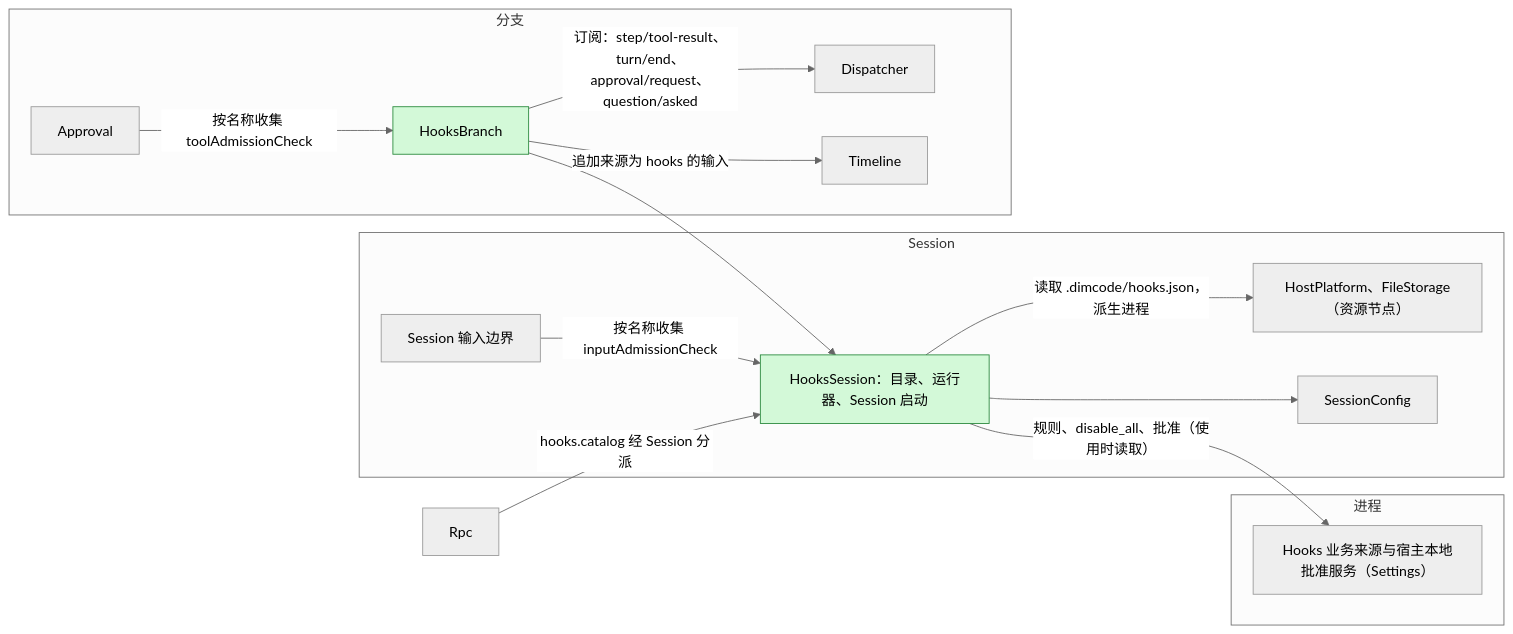
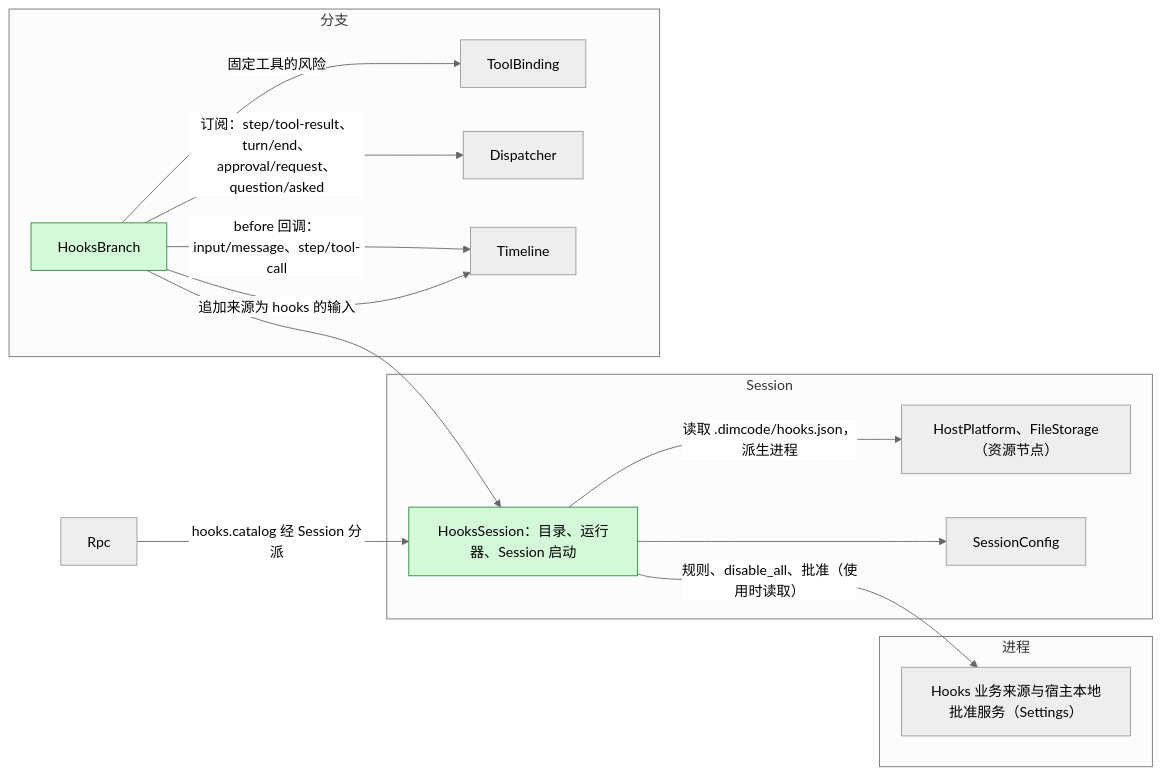
One commit to CoutinhoTTS/dim-agent changed the first of 7 diagrams in docs/zh/design/plugins/Hooks.md. Above: the diagram before and after it, drawn with Mermaid (neutral theme). The commit also changed other lines of this file and 18 other files, not shown here.

````diff
--- a/docs/zh/design/plugins/Hooks.md
+++ b/docs/zh/design/plugins/Hooks.md
@@ -9,29 +9,28 @@
 ```mermaid
 flowchart LR
   subgraph PROC["进程"]
     Settings["Hooks 业务来源与宿主本地批准服务（Settings）"]
   end
   subgraph SESS["Session"]
     HS["HooksSession：目录、运行器、Session 启动"]:::new
     HP["HostPlatform、FileStorage（资源节点）"]
     CFG["SessionConfig"]
-    SI["Session 输入边界"]
   end
   subgraph BR["分支"]
     HB["HooksBranch"]:::new
-    AP["Approval"]
+    TB["ToolBinding"]
     DP["Dispatcher"]
     TL["Timeline"]
   end
   Rpc["Rpc"]
   HS -->|"规则、disable_all、批准（使用时读取）"| Settings
   HS -->|"读取 .dimcode/hooks.json，派生进程"| HP
   HS --> CFG
   HB --> HS
-  SI -->|"按名称收集 inputAdmissionCheck"| HS
-  AP -->|"按名称收集 toolAdmissionCheck"| HB
+  HB -->|"before 回调：input/message、step/tool-call"| TL
+  HB -->|"固定工具的风险"| TB
   HB -->|"订阅：step/tool-result、turn/end、approval/request、question/asked"| DP
   HB -->|"追加来源为 hooks 的输入"| TL
   Rpc -->|"hooks.catalog 经 Session 分派"| HS
   classDef new fill:#d3f9d8,stroke:#2b8a3e,color:#000
 ```
````
